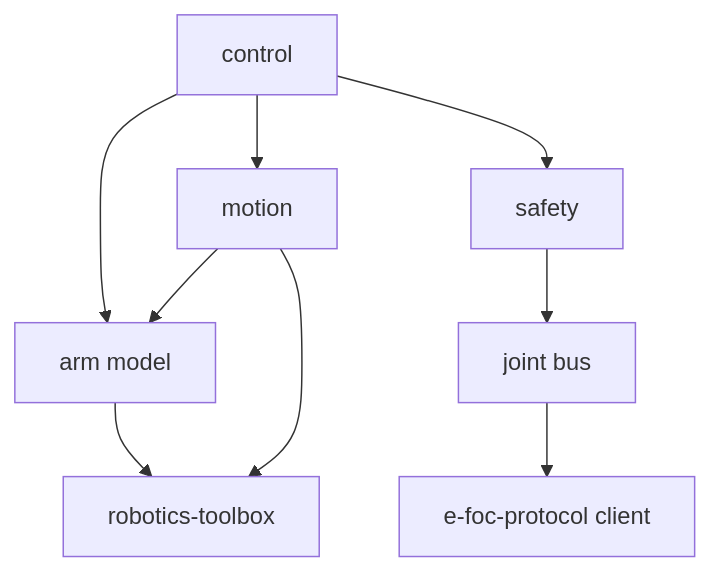
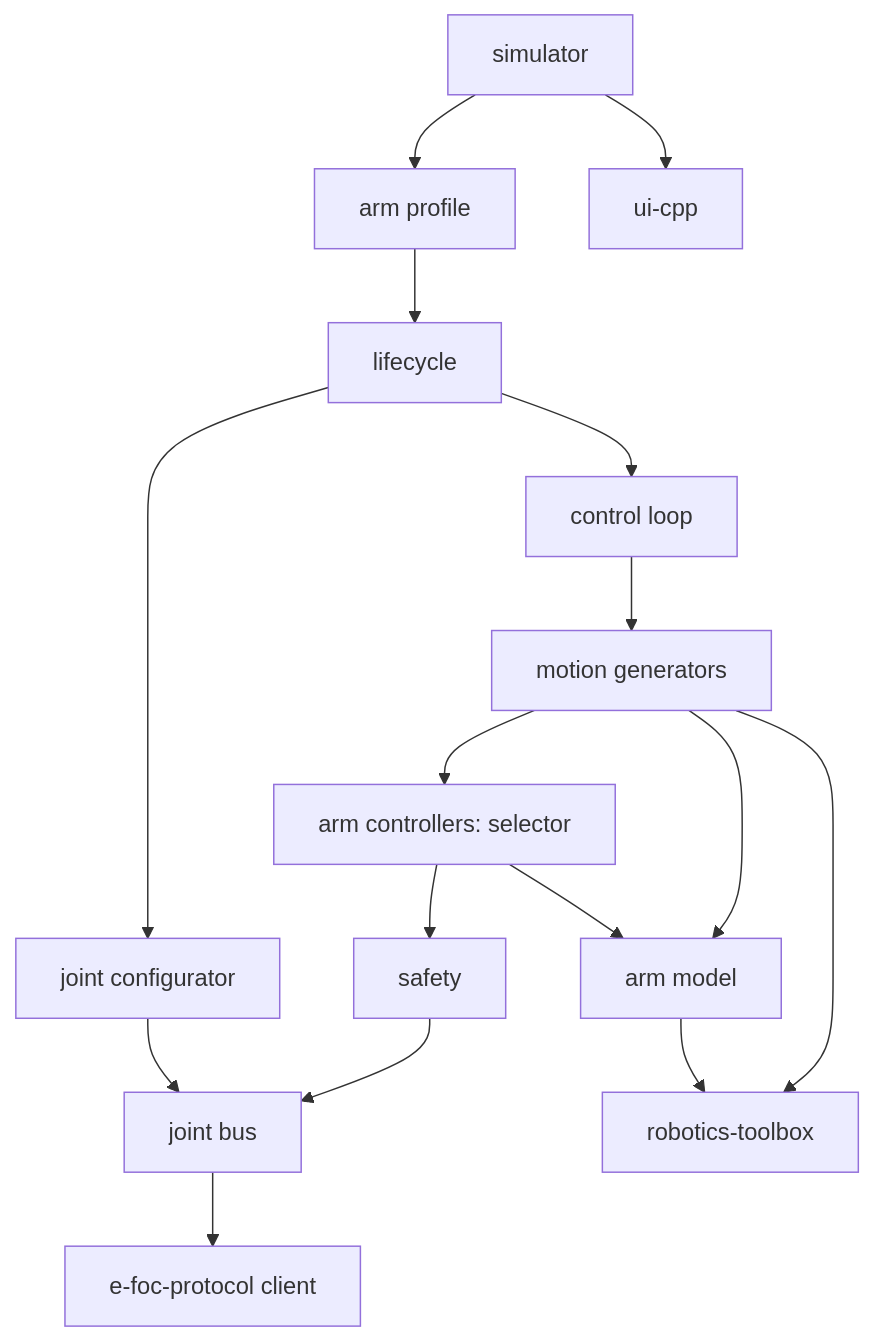
Before and after one commit to embedded-pro/e-robot-arm: the second of 4 diagrams in documentation/architecture/system.md, drawn with Mermaid. The commit also changed other lines of this file and 3 other files, not shown here.

First line of the commit message:
docs: lay out the roadmap and make configurability part of the architecture

````diff
--- a/documentation/architecture/system.md
+++ b/documentation/architecture/system.md
@@ -76,11 +80,18 @@
 ```mermaid
 flowchart TD
-    Control[control] --> Motion[motion]
-    Control --> Model[arm model]
-    Control --> Safety[safety]
+    Profile[arm profile] --> Lifecycle[lifecycle]
+    Lifecycle --> Configurator[joint configurator]
+    Lifecycle --> Loop[control loop]
+    Loop --> Motion[motion generators]
+    Motion --> Controllers[arm controllers: selector]
+    Controllers --> Safety[safety]
     Safety --> JointBus[joint bus]
-    Motion --> Model
+    Configurator --> JointBus
+    Motion --> Model[arm model]
+    Controllers --> Model
     JointBus --> Protocol[e-foc-protocol client]
     Model --> Robotics[robotics-toolbox]
     Motion --> Robotics
+    Simulator[simulator] --> Profile
+    Simulator --> UiCpp[ui-cpp]
 ```
````
